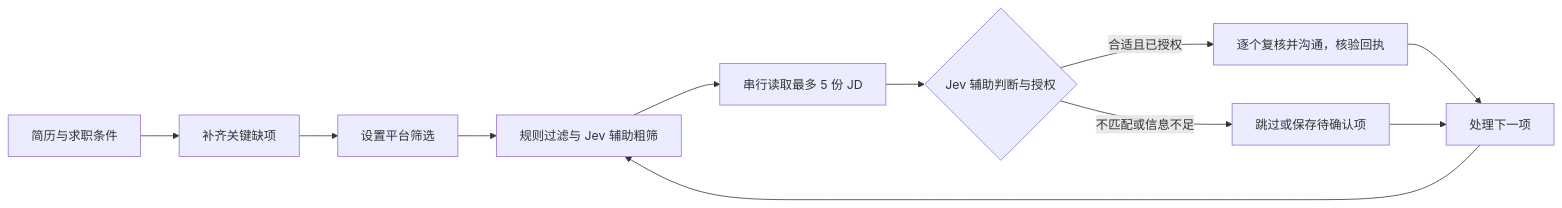
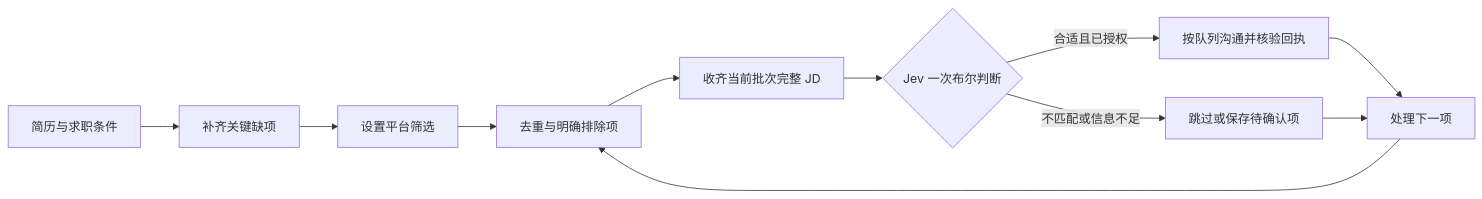
Before and after one commit to ShiqinGuo/jev4jobhunter: the diagram in README.md, drawn with Mermaid. The commit also changed other lines of this file and 33 other files, not shown here.

````diff
--- a/README.md
+++ b/README.md
@@ -137,13 +132,13 @@
 ```mermaid
 flowchart LR
     A[简历与求职条件] --> B[补齐关键缺项]
     B --> C[设置平台筛选]
-    C --> D[规则过滤与 Jev 辅助粗筛]
-    D --> E[串行读取最多 5 份 JD]
-    E --> F{Jev 辅助判断与授权}
-    F -->|合适且已授权| G[逐个复核并沟通，核验回执]
+    C --> D[去重与明确排除项]
+    D --> E[收齐当前批次完整 JD]
+    E --> F{Jev 一次布尔判断}
+    F -->|合适且已授权| G[按队列沟通并核验回执]
     F -->|不匹配或信息不足| H[跳过或保存待确认项]
     G --> I[处理下一项]
     H --> I
     I --> D
 ```
````
